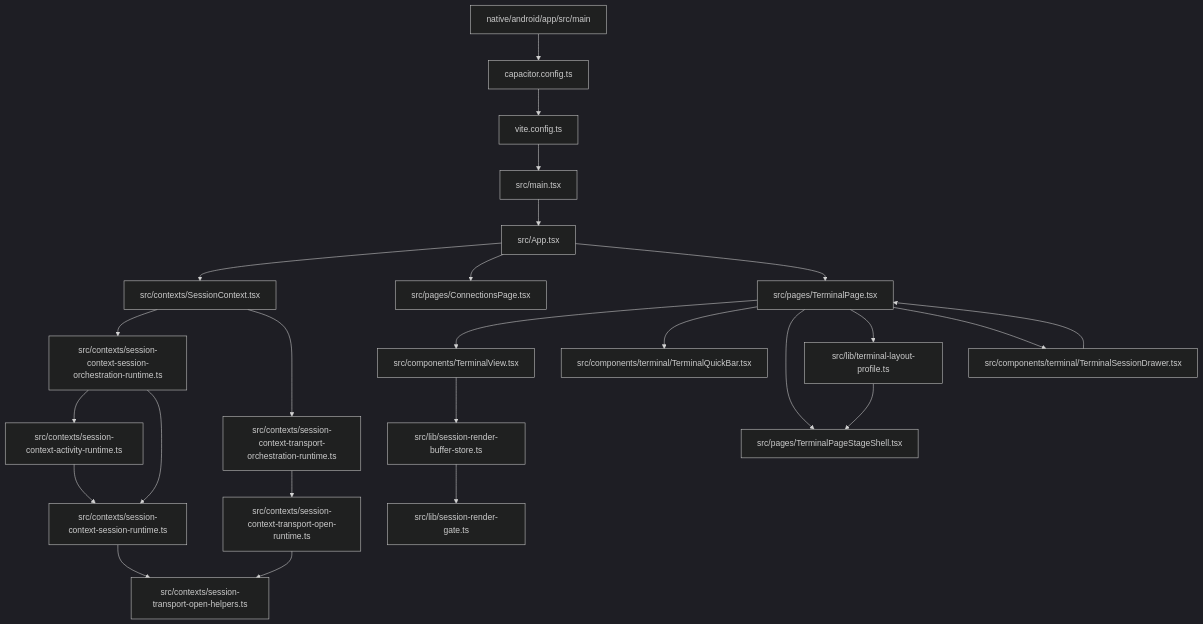
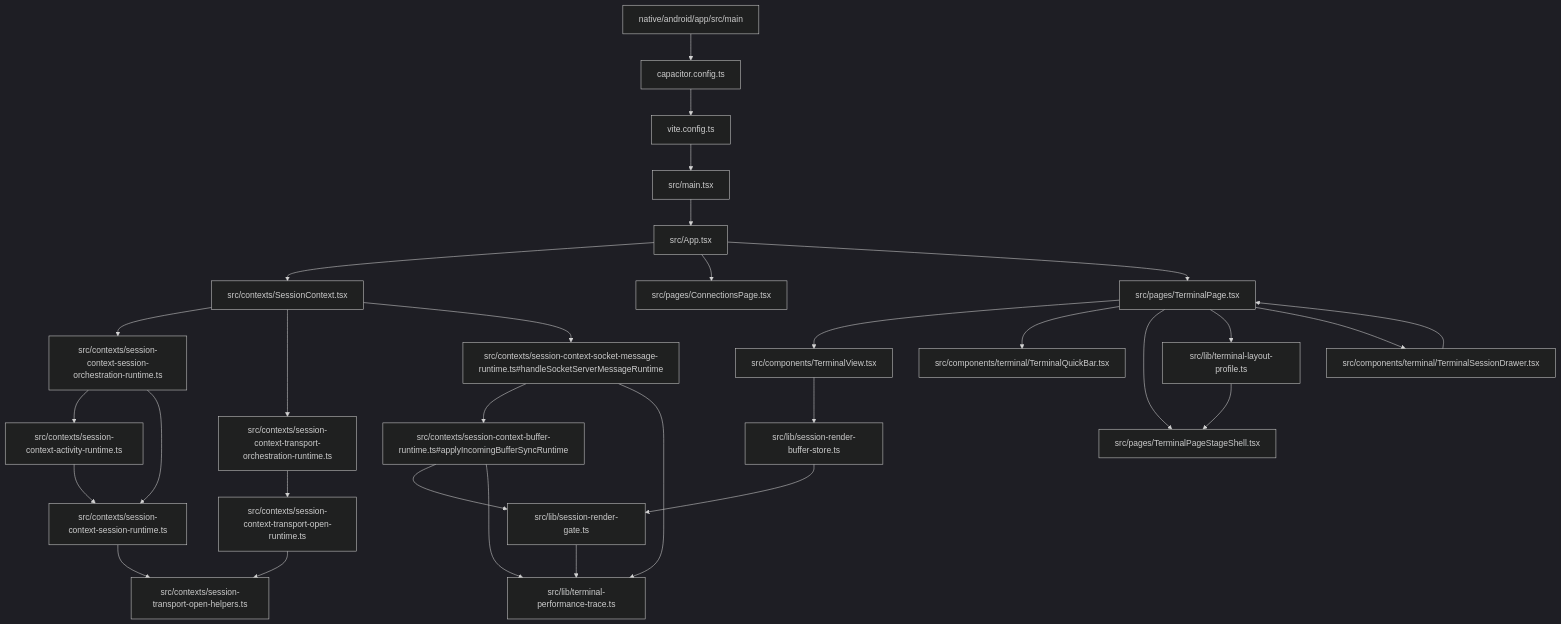
The first of 5 diagrams in android/docs/wiki/mainline-source.md (Jasonzhangf/zterm), drawn with Mermaid (dark theme) before and after one commit. The commit also changed other lines of this file and 169 other files, not shown here.

````diff
--- a/android/docs/wiki/mainline-source.md
+++ b/android/docs/wiki/mainline-source.md
@@ -7,27 +7,33 @@
 ```mermaid
 flowchart TD
   Native["native/android/app/src/main"] --> Capacitor["capacitor.config.ts"]
   Capacitor --> Vite["vite.config.ts"]
   Vite --> Main["src/main.tsx"]
   Main --> App["src/App.tsx"]
   App --> SessionContext["src/contexts/SessionContext.tsx"]
   SessionContext --> SessionLifecycle["src/contexts/session-context-session-orchestration-runtime.ts"]
   SessionLifecycle --> ActivityFreshness["src/contexts/session-context-activity-runtime.ts"]
   ActivityFreshness --> SessionRuntime["src/contexts/session-context-session-runtime.ts"]
   SessionLifecycle --> SessionRuntime
   SessionRuntime --> TransportReusePlan["src/contexts/session-transport-open-helpers.ts"]
   SessionContext --> TransportOrchestration["src/contexts/session-context-transport-orchestration-runtime.ts"]
   TransportOrchestration --> TransportOpen["src/contexts/session-context-transport-open-runtime.ts"]
   TransportOpen --> TransportReusePlan
+  SessionContext --> SocketMessage["src/contexts/session-context-socket-message-runtime.ts#handleSocketServerMessageRuntime"]
+  SocketMessage --> BufferApply["src/contexts/session-context-buffer-runtime.ts#applyIncomingBufferSyncRuntime"]
+  BufferApply --> RenderGate["src/lib/session-render-gate.ts#scheduleCommit"]
+  SocketMessage --> PerformanceTrace["src/lib/terminal-performance-trace.ts"]
+  BufferApply --> PerformanceTrace
+  RenderGate --> PerformanceTrace
   App --> Connections["src/pages/ConnectionsPage.tsx"]
   App --> TerminalPage["src/pages/TerminalPage.tsx"]
   TerminalPage --> TerminalView["src/components/TerminalView.tsx"]
   TerminalPage --> QuickBar["src/components/terminal/TerminalQuickBar.tsx"]
   TerminalPage --> StageShell["src/pages/TerminalPageStageShell.tsx"]
   TerminalPage --> LayoutProfile["src/lib/terminal-layout-profile.ts"]
   LayoutProfile --> StageShell
   TerminalPage --> SessionDrawer["src/components/terminal/TerminalSessionDrawer.tsx"]
   SessionDrawer --> TerminalPage
   TerminalView --> Renderer["src/lib/session-render-buffer-store.ts"]
   Renderer --> RenderGate["src/lib/session-render-gate.ts"]
 ```
````
